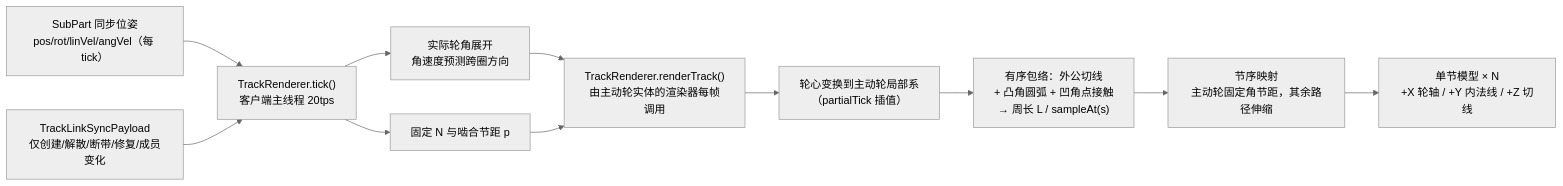
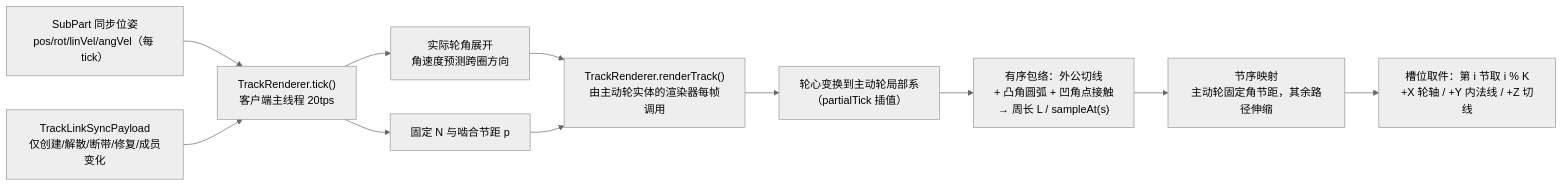
One commit to Sweetzonzi/Machine-Max changed the diagram in docs/plan/进行中/履带系统-物理实现设计文档.md. Above: the diagram before and after it, drawn with Mermaid (neutral theme). The commit also changed other lines of this file and 2 other files, not shown here.

````diff
--- a/docs/plan/进行中/履带系统-物理实现设计文档.md
+++ b/docs/plan/进行中/履带系统-物理实现设计文档.md
@@ -531,13 +532,13 @@
 ```mermaid
 flowchart LR
     A["SubPart 同步位姿<br>pos/rot/linVel/angVel（每 tick）"] --> B["TrackRenderer.tick()<br>客户端主线程 20tps"]
     C["TrackLinkSyncPayload<br>仅创建/解散/断带/修复/成员变化"] --> B
     B --> D["实际轮角展开<br>角速度预测跨圈方向"]
     B --> E["固定 N 与啮合节距 p"]
     D --> F["TrackRenderer.renderTrack()<br>由主动轮实体的渲染器每帧调用"]
     E --> F
     F --> G["轮心变换到主动轮局部系<br>（partialTick 插值）"]
     G --> H["有序包络：外公切线<br>+ 凸角圆弧 + 凹角点接触<br>→ 周长 L / sampleAt(s)"]
     H --> I["节序映射<br>主动轮固定角节距，其余路径伸缩"]
-    I --> J["单节模型 × N<br>+X 轮轴 / +Y 内法线 / +Z 切线"]
+    I --> J["槽位取件：第 i 节取 i % K<br>+X 轮轴 / +Y 内法线 / +Z 切线"]
 ```
````
